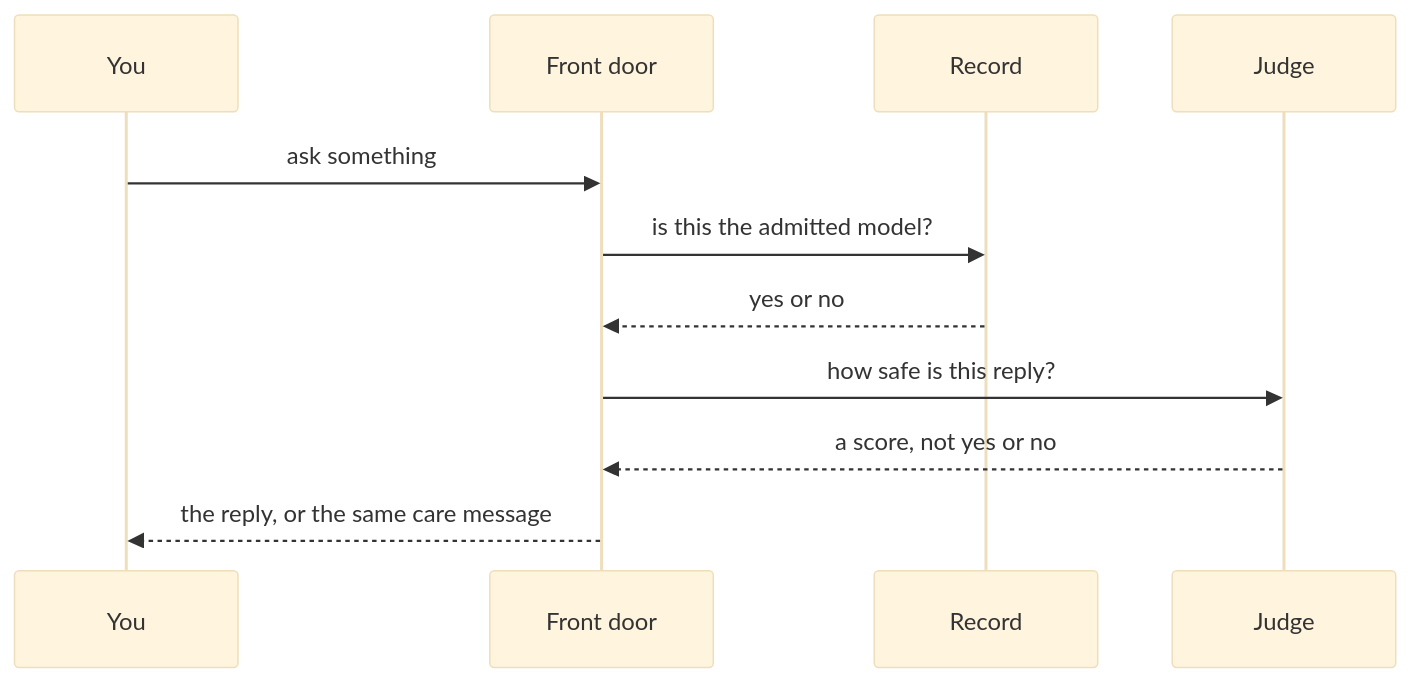
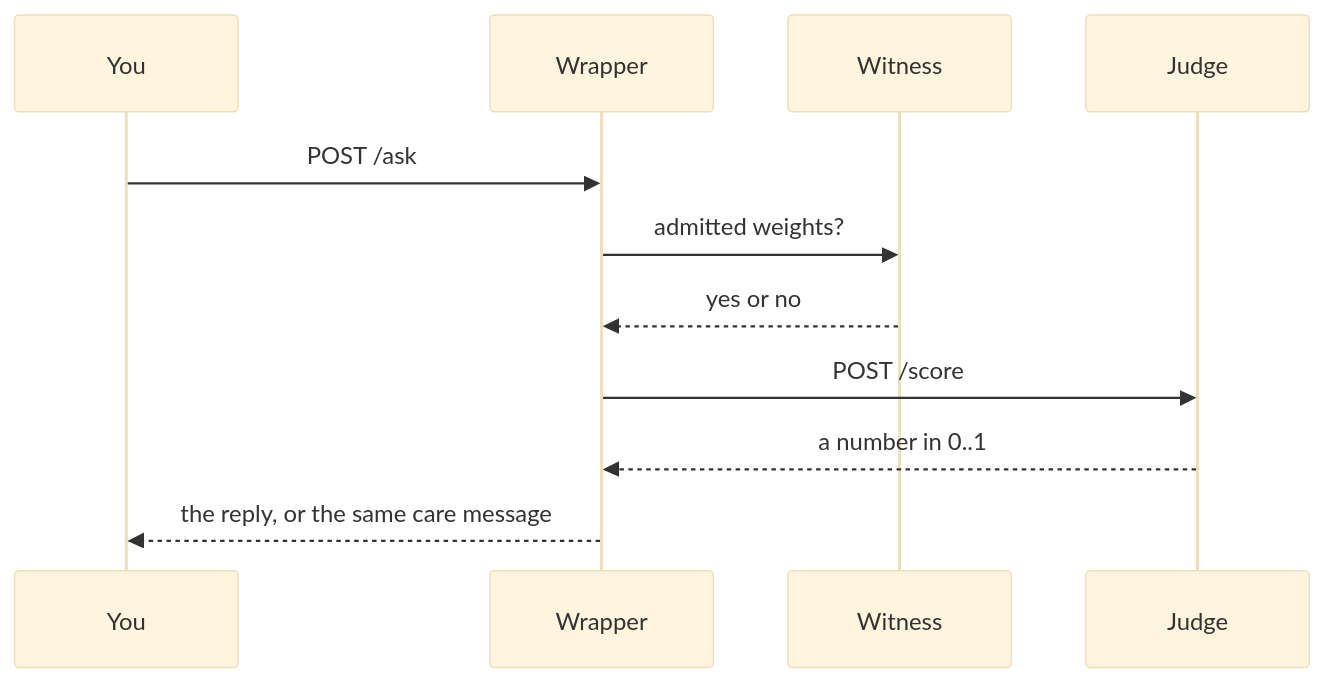
The second of 2 diagrams in README.md (RogerWillko/witness-ledger), drawn with Mermaid (base theme) before and after one commit. The commit also changed other lines of this file and 5 other files, not shown here.

First line of the commit message:
Document the current architecture and wire Docker to the judge rule. (#3)

````diff
--- a/README.md
+++ b/README.md
@@ -64,9 +106,9 @@
 ```mermaid
 sequenceDiagram
-  You->>Front door: ask something
-  Front door->>Record: is this the admitted model?
-  Record-->>Front door: yes or no
-  Front door->>Judge: how safe is this reply?
-  Judge-->>Front door: a score, not yes or no
-  Front door-->>You: the reply, or the same care message
+  You->>Wrapper: POST /ask
+  Wrapper->>Witness: admitted weights?
+  Witness-->>Wrapper: yes or no
+  Wrapper->>Judge: POST /score
+  Judge-->>Wrapper: a number in 0..1
+  Wrapper-->>You: the reply, or the same care message
 ```
````
